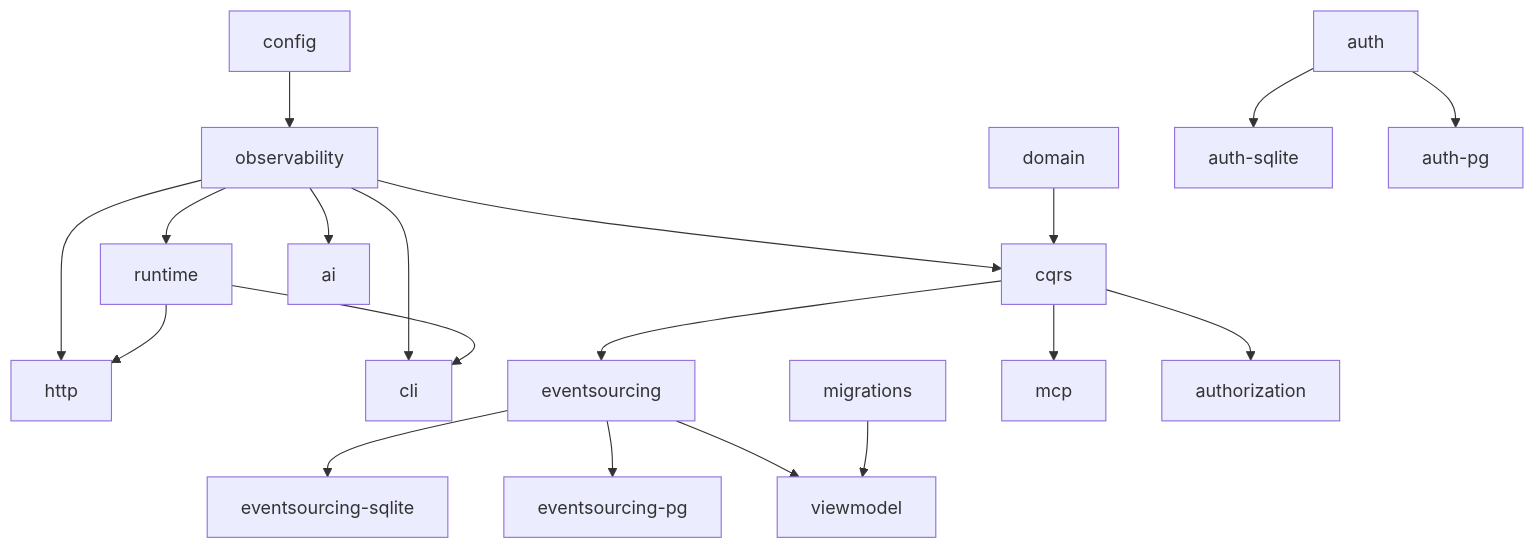
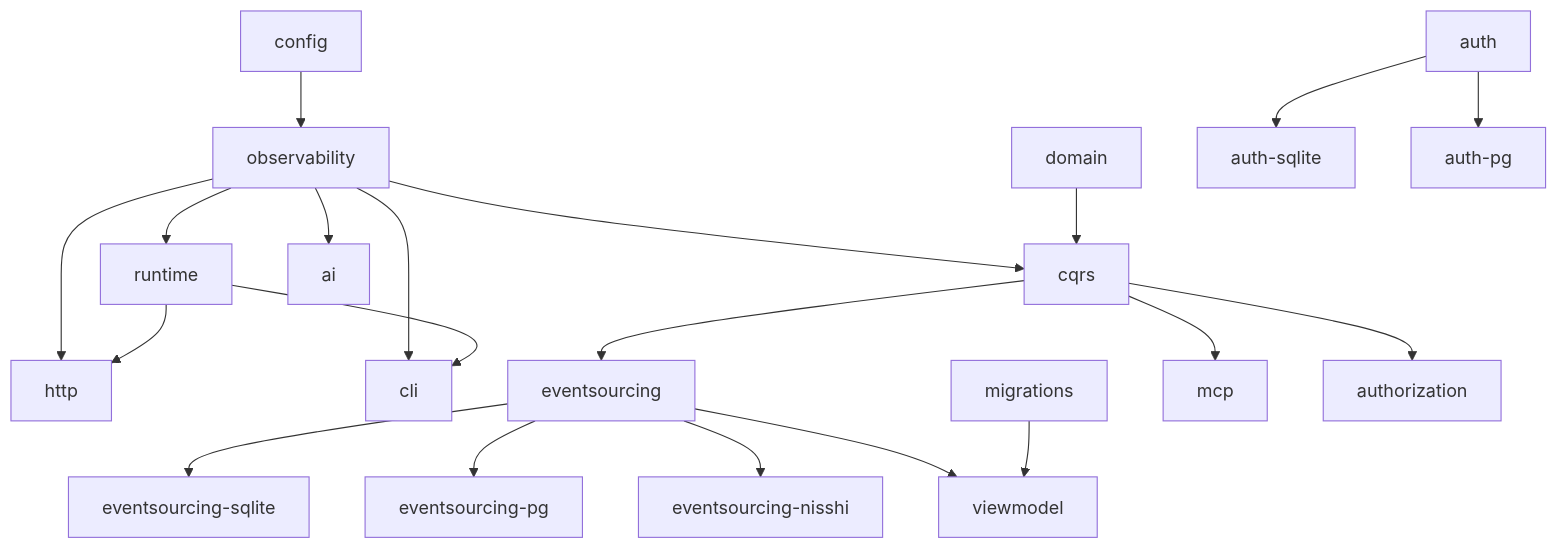
The second of 2 diagrams in docs/architecture.md (Ligerian-labs/structure), drawn with Mermaid before and after one commit. The commit also changed 28 other files, not shown here.

First line of the commit message:
feat(eventsourcing): Nisshi event store adapter with SQL sidecar ledger (#29)

````diff
--- a/docs/architecture.md
+++ b/docs/architecture.md
@@ -34,13 +34,13 @@
 ```mermaid
 flowchart TD
     config --> observability
     observability --> cqrs & runtime & http & cli & ai
     domain --> cqrs --> eventsourcing
-    eventsourcing --> essqlite[eventsourcing-sqlite] & espg[eventsourcing-pg]
+    eventsourcing --> essqlite[eventsourcing-sqlite] & espg[eventsourcing-pg] & esnisshi[eventsourcing-nisshi]
     eventsourcing --> viewmodel
     migrations --> viewmodel
     runtime --> http & cli
     cqrs --> mcp
     auth --> authsqlite[auth-sqlite] & authpg[auth-pg]
     cqrs --> authorization
 ```
````
